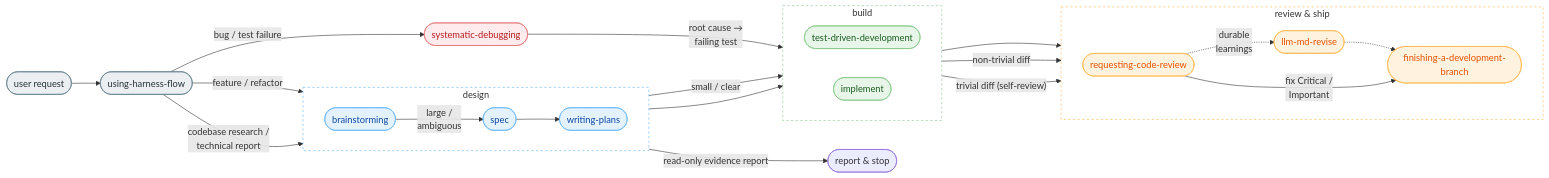
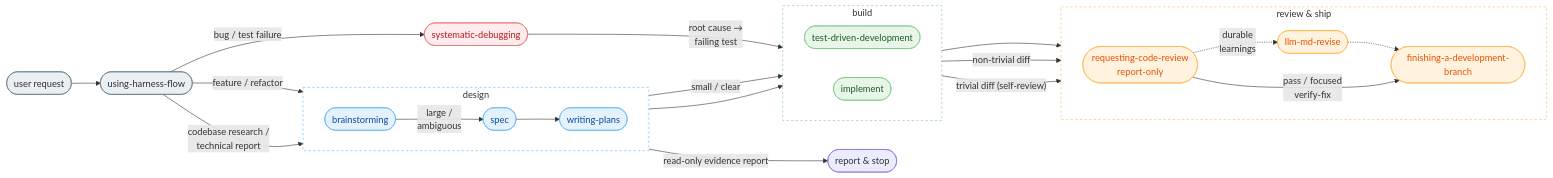
The diagram in README.md (wonjinsin/harness-flow), drawn with Mermaid before and after one commit. The commit also changed other lines of this file and 6 other files, not shown here.

Commit message:
feat: add focused review verification

````diff
--- a/README.md
+++ b/README.md
@@ -42,55 +42,55 @@
 ```mermaid
 flowchart LR
     subgraph DESIGN [design]
         direction LR
         BS(["brainstorming"])
         SPEC(["spec"])
         WP(["writing-plans"])
         BS -- "large /<br/>ambiguous" --> SPEC --> WP
     end
 
     subgraph BUILD [build]
         direction LR
         TDD(["test-driven-development"])
         IMPL(["implement"])
     end
 
     subgraph SHIP [review & ship]
         direction LR
-        RCR(["requesting-code-review"])
+        RCR(["requesting-code-review<br/>report-only"])
         LMR(["llm-md-revise"])
         FIN(["finishing-a-development-branch"])
         RCR -. "durable<br/>learnings" .-> LMR -.-> FIN
     end
 
     REQ(["user request"]) --> UHF(["using-harness-flow"])
     UHF -- "feature / refactor" --> BS
     UHF -- "codebase research /<br/>technical report" --> BS
     UHF -- "bug / test failure" --> SD(["systematic-debugging"])
 
     BS -- "read-only evidence report" --> REPORT(["report & stop"])
     BS -- "small / clear" --> TDD
     WP --> IMPL
     SD -- "root cause →<br/>failing test" --> TDD
 
     IMPL --> RCR
     TDD -- "non-trivial diff" --> RCR
     TDD -- "trivial diff (self-review)" --> FIN
-    RCR -- "fix Critical /<br/>Important" --> FIN
+    RCR -- "pass / focused<br/>verify-fix" --> FIN
 
     classDef entry fill:#eceff1,stroke:#607d8b,color:#263238
     classDef design fill:#e3f2fd,stroke:#64b5f6,color:#0d47a1
     classDef build fill:#e8f5e9,stroke:#81c784,color:#1b5e20
     classDef ship fill:#fff3e0,stroke:#ffb74d,color:#e65100
     classDef debug fill:#ffebee,stroke:#e57373,color:#b71c1c
 
     class REQ,UHF entry
     class BS,SPEC,WP design
     class TDD,IMPL build
     class RCR,LMR,FIN ship
     class SD debug
 
     style DESIGN fill:none,stroke:#64b5f6,stroke-dasharray:4 4
     style BUILD fill:none,stroke:#81c784,stroke-dasharray:4 4
     style SHIP fill:none,stroke:#ffb74d,stroke-dasharray:4 4
 ```
````
